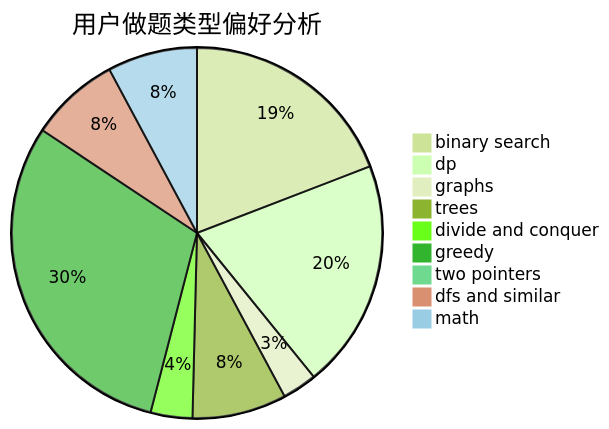
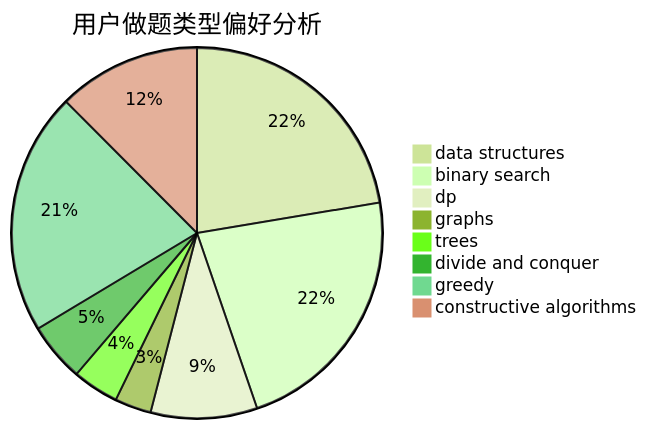
Before and after one commit to sherpahu/cfrs.github.io: the second of 3 diagrams in docs/user/u2569.md, drawn with Mermaid (forest theme). The commit also changed other lines of this file and 2775 other files, not shown here.

````diff
--- a/docs/user/u2569.md
+++ b/docs/user/u2569.md
@@ -23,12 +23,11 @@
 ```mermaid
 pie title 用户做题类型偏好分析
-    "binary search" :  247
-    "dp" :  258
-    "graphs" :  39
-    "trees" :  106
-    "divide and conquer" :  47
-    "greedy" :  391
-    "two pointers" :  2
-    "dfs and similar" :  101
-    "math" :  101
+    "data structures" :  183
+    "binary search" :  183
+    "dp" :  76
+    "graphs" :  26
+    "trees" :  33
+    "divide and conquer" :  42
+    "greedy" :  173
+    "constructive algorithms" :  102
 ```
````
